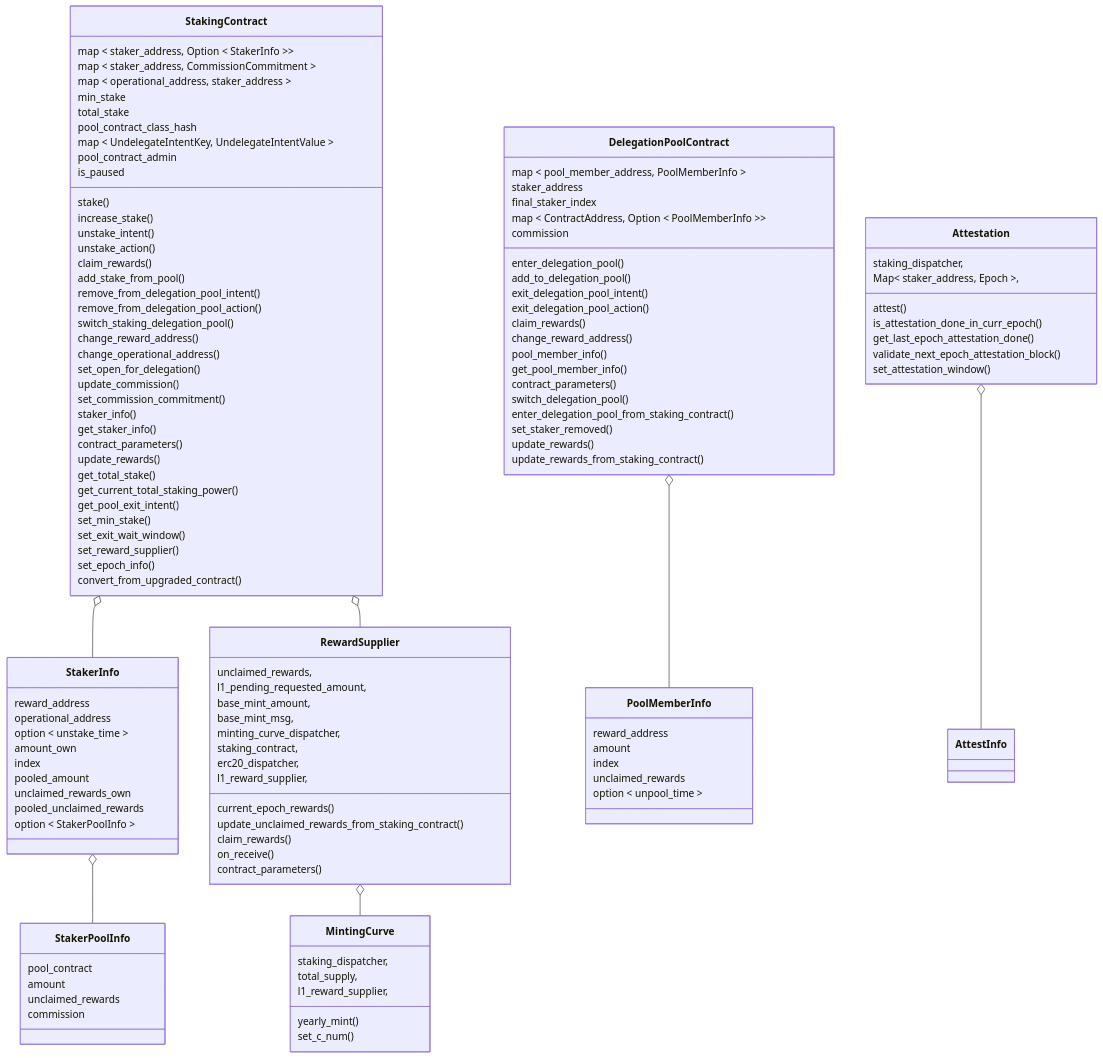
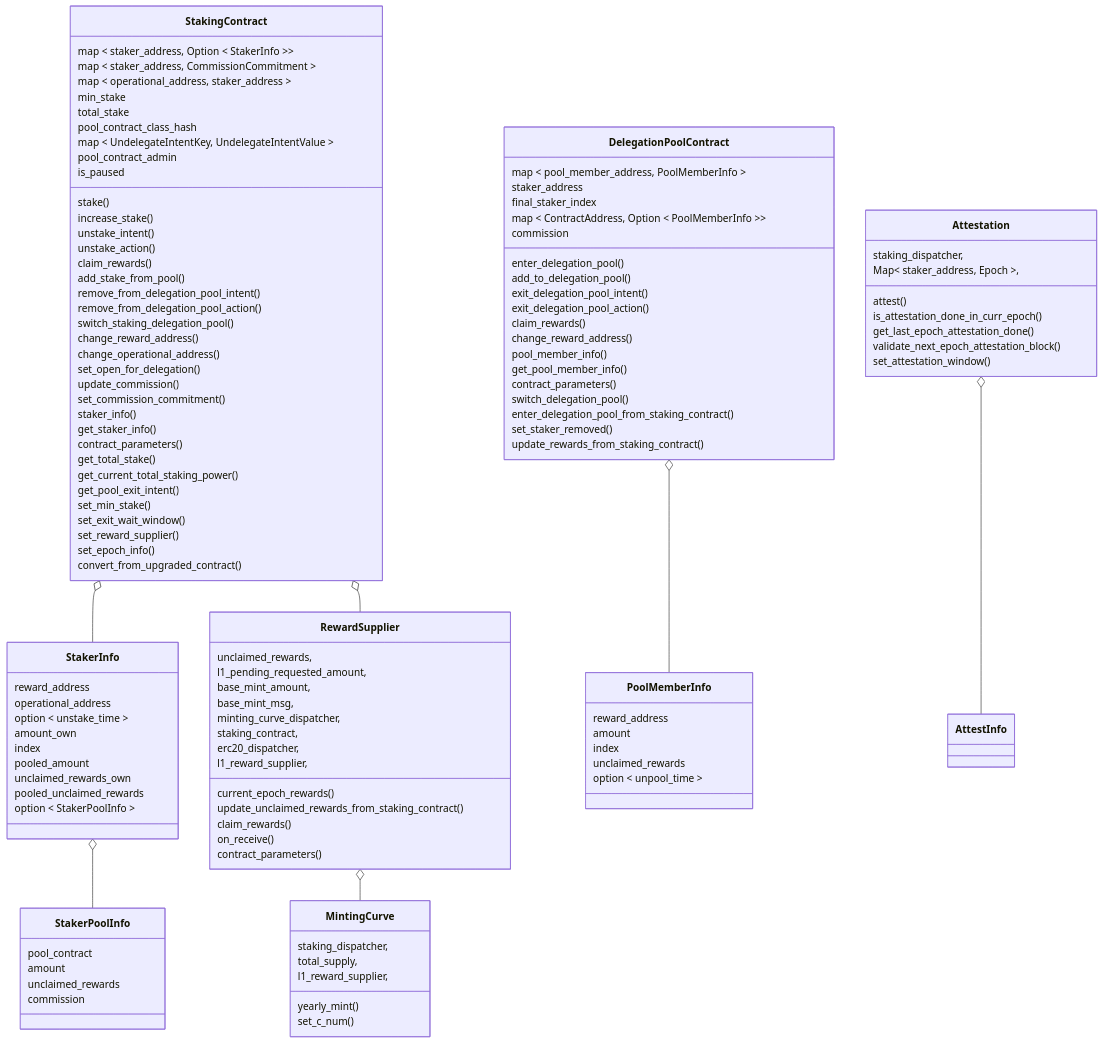
The first of 8 diagrams in workspace/apps/staking/docs/spec.md (starkware-libs/starknet-staking), drawn with Mermaid before and after one commit. The commit also changed other lines of this file, not shown here.

Commit message:
chore(staking): Remove update_rewards from spec and add logic step to contract_parameters (#3734)

```diff
--- a/workspace/apps/staking/docs/spec.md
+++ b/workspace/apps/staking/docs/spec.md
@@ -238,7 +237,6 @@
     staker_info()
     get_staker_info()
     contract_parameters()
-    update_rewards()
     get_total_stake()
     get_current_total_staking_power()
     get_pool_exit_intent()
@@ -266,7 +264,6 @@
     switch_delegation_pool()
     enter_delegation_pool_from_staking_contract()
     set_staker_removed()
-    update_rewards()
     update_rewards_from_staking_contract()
   }
   class StakerInfo{
```
